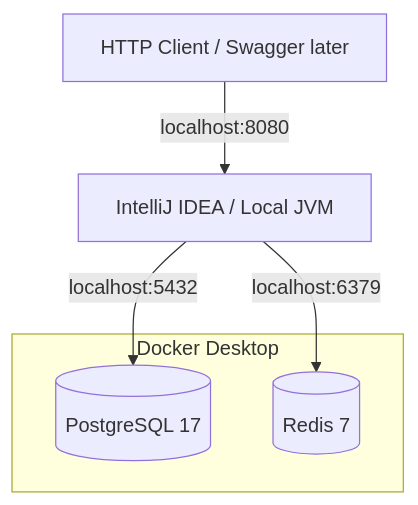
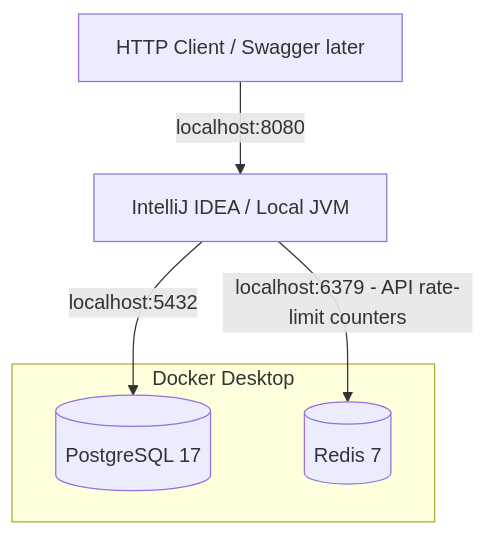
The diagram in docs/architecture/deployment-diagram.md (cyrushun/enterprise-payment-platform), drawn with Mermaid before and after one commit. The commit also changed 36 other files, not shown here.

Commit message:
1.update & correction documentation 2.add redis for api gateway caching

````diff
--- a/docs/architecture/deployment-diagram.md
+++ b/docs/architecture/deployment-diagram.md
@@ -3,12 +3,12 @@
 ```mermaid
 flowchart TB
     IDE[IntelliJ IDEA / Local JVM]
     Browser[HTTP Client / Swagger later]
     subgraph DockerDesktop[Docker Desktop]
       PG[(PostgreSQL 17)]
       Redis[(Redis 7)]
     end
     Browser -->|localhost:8080| IDE
     IDE -->|localhost:5432| PG
-    IDE -->|localhost:6379| Redis
+    IDE -->|localhost:6379 - API rate-limit counters| Redis
 ```
````
